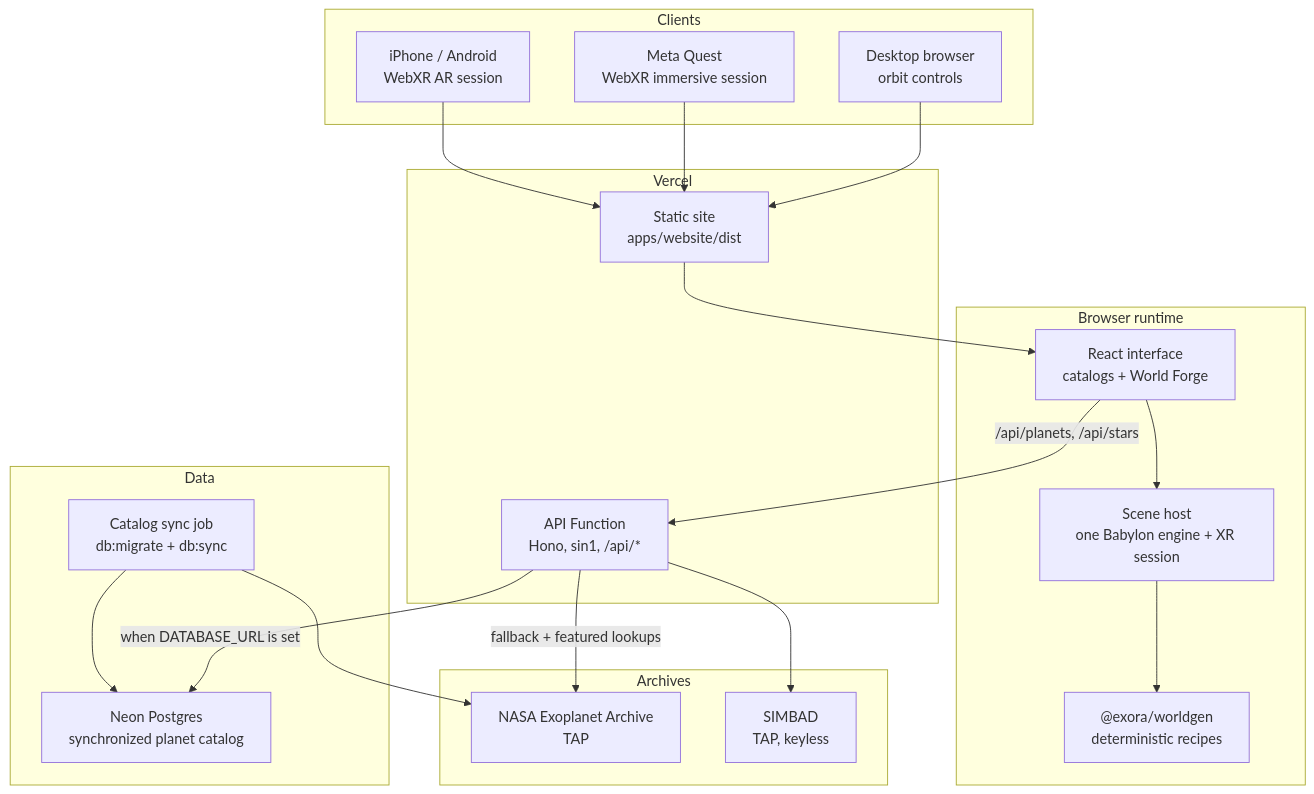
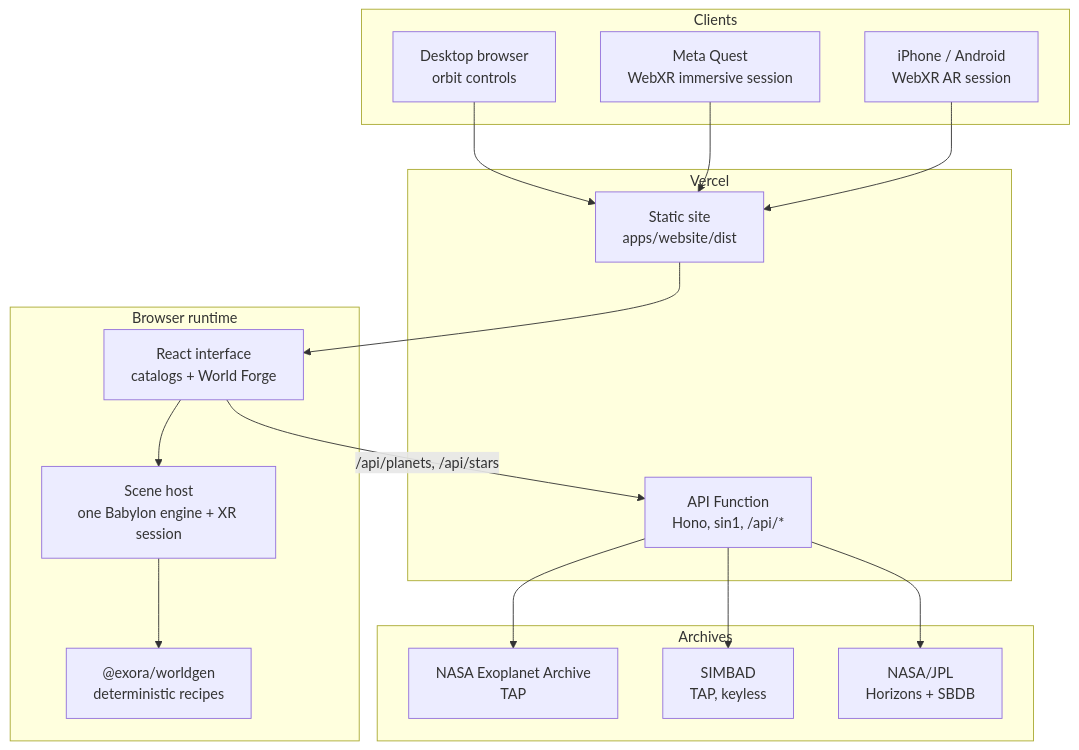
Before and after one commit to voltcrash/exora: the diagram in README.md, drawn with Mermaid. The commit also changed other lines of this file and 41 other files, not shown here.

````diff
--- a/README.md
+++ b/README.md
@@ -117,45 +105,38 @@
 ```mermaid
 flowchart TB
     subgraph Clients
         Desktop["Desktop browser<br/>orbit controls"]
         Headset["Meta Quest<br/>WebXR immersive session"]
         Phone["iPhone / Android<br/>WebXR AR session"]
     end
 
     subgraph Browser["Browser runtime"]
         UI["React interface<br/>catalogs + World Forge"]
         Host["Scene host<br/>one Babylon engine + XR session"]
         Worldgen["@exora/worldgen<br/>deterministic recipes"]
     end
 
     subgraph Vercel["Vercel"]
         Static["Static site<br/>apps/website/dist"]
         Fn["API Function<br/>Hono, sin1, /api/*"]
     end
 
-    subgraph Data["Data"]
-        Neon["Neon Postgres<br/>synchronized planet catalog"]
-        Sync["Catalog sync job<br/>db:migrate + db:sync"]
-    end
-
     subgraph Archives["Archives"]
         NASA["NASA Exoplanet Archive<br/>TAP"]
         SIMBAD["SIMBAD<br/>TAP, keyless"]
+        JPL["NASA/JPL<br/>Horizons + SBDB"]
     end
 
     Desktop --> Static
     Headset --> Static
     Phone --> Static
     Static --> UI
     UI --> Host
     Host --> Worldgen
 
     UI -->|/api/planets, /api/stars| Fn
 
-    Fn -->|when DATABASE_URL is set| Neon
-    Fn -->|fallback + featured lookups| NASA
+    Fn --> NASA
     Fn --> SIMBAD
-
-    Sync --> NASA
-    Sync --> Neon
+    Fn --> JPL
 ```
````
